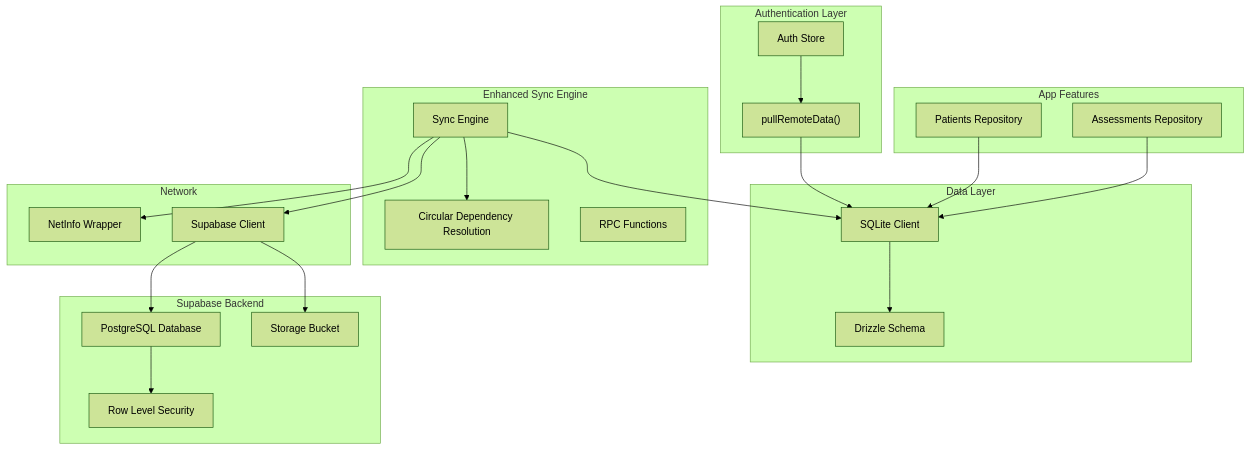
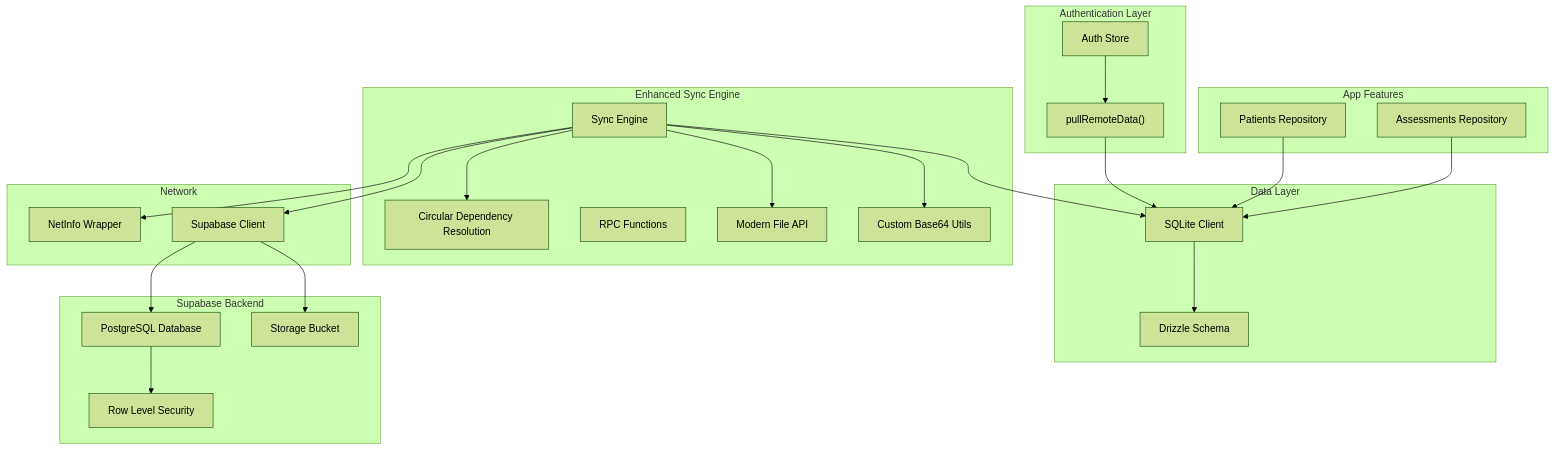
One commit to AdeelTahir-SE/DermSight changed the first of 12 diagrams in .qoder/repowiki/en/content/Synchronization System.md. Above: the diagram before and after it, drawn with Mermaid (forest theme). The commit also changed other lines of this file and 37 other files, not shown here.

````diff
--- a/.qoder/repowiki/en/content/Synchronization System.md
+++ b/.qoder/repowiki/en/content/Synchronization System.md
@@ -60,41 +64,45 @@
 ```mermaid
 graph TB
 subgraph "Authentication Layer"
 AUTH["Auth Store"]
 PULL["pullRemoteData()"]
 end
 subgraph "App Features"
 PAT["Patients Repository"]
 ASS["Assessments Repository"]
 end
 subgraph "Data Layer"
 DB["SQLite Client"]
 SCHEMA["Drizzle Schema"]
 end
 subgraph "Enhanced Sync Engine"
 ENGINE["Sync Engine"]
 CIRCULAR["Circular Dependency Resolution"]
 RPC["RPC Functions"]
+FILEAPI["Modern File API"]
+BASE64["Custom Base64 Utils"]
 end
 subgraph "Supabase Backend"
 PG["PostgreSQL Database"]
 STORAGE["Storage Bucket"]
 RLS["Row Level Security"]
 end
 subgraph "Network"
 NETINFO["NetInfo Wrapper"]
 SUPABASE["Supabase Client"]
 end
 AUTH --> PULL
 PULL --> DB
 PAT --> DB
 ASS --> DB
 DB --> SCHEMA
 ENGINE --> DB
 ENGINE --> CIRCULAR
+ENGINE --> FILEAPI
+ENGINE --> BASE64
 ENGINE --> NETINFO
 ENGINE --> SUPABASE
 SUPABASE --> PG
 SUPABASE --> STORAGE
 PG --> RLS
 ```
````
